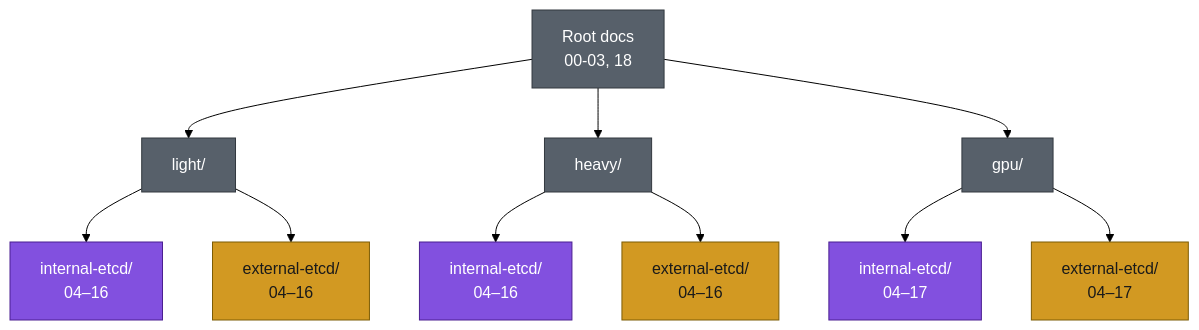
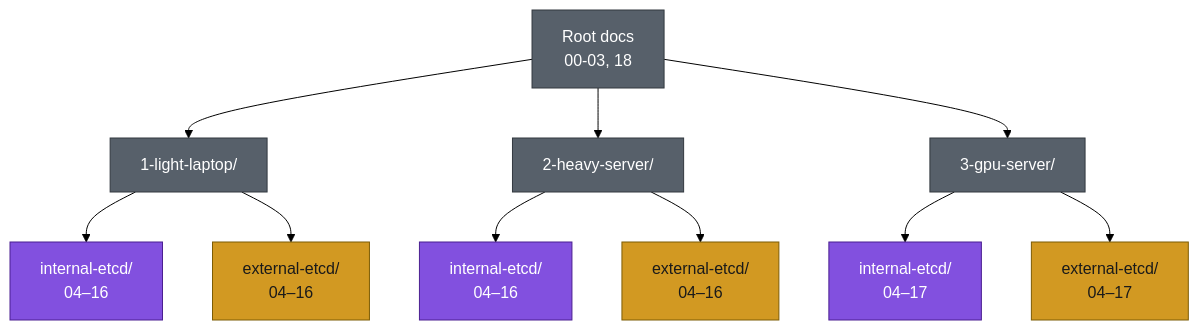
One commit to bahman-farhadian/kubernetes-lab changed the diagram in README.md. Above: the diagram before and after it, drawn with Mermaid (forest theme). The commit also changed other lines of this file and 35 other files, not shown here.

````diff
--- a/README.md
+++ b/README.md
@@ -34,18 +37,18 @@
 ```mermaid
 flowchart TD
     Root["Root docs\n00-03, 18"]:::common
-    Root --> Light["light/"]:::common
-    Root --> Heavy["heavy/"]:::common
-    Root --> GPU["gpu/"]:::common
+    Root --> Light["1-light-laptop/"]:::common
+    Root --> Heavy["2-heavy-server/"]:::common
+    Root --> GPU["3-gpu-server/"]:::common
 
     Light --> LI["internal-etcd/\n04–16"]:::scenarioA
     Light --> LE["external-etcd/\n04–16"]:::scenarioB
     Heavy --> HI["internal-etcd/\n04–16"]:::scenarioA
     Heavy --> HE["external-etcd/\n04–16"]:::scenarioB
     GPU --> GI["internal-etcd/\n04–17"]:::scenarioA
     GPU --> GE["external-etcd/\n04–17"]:::scenarioB
 
     classDef common fill:#57606a,stroke:#32383f,color:#ffffff
     classDef scenarioA fill:#8250df,stroke:#4b1f91,color:#ffffff
     classDef scenarioB fill:#d29922,stroke:#7d5c05,color:#1a1a1a
 ```
````
